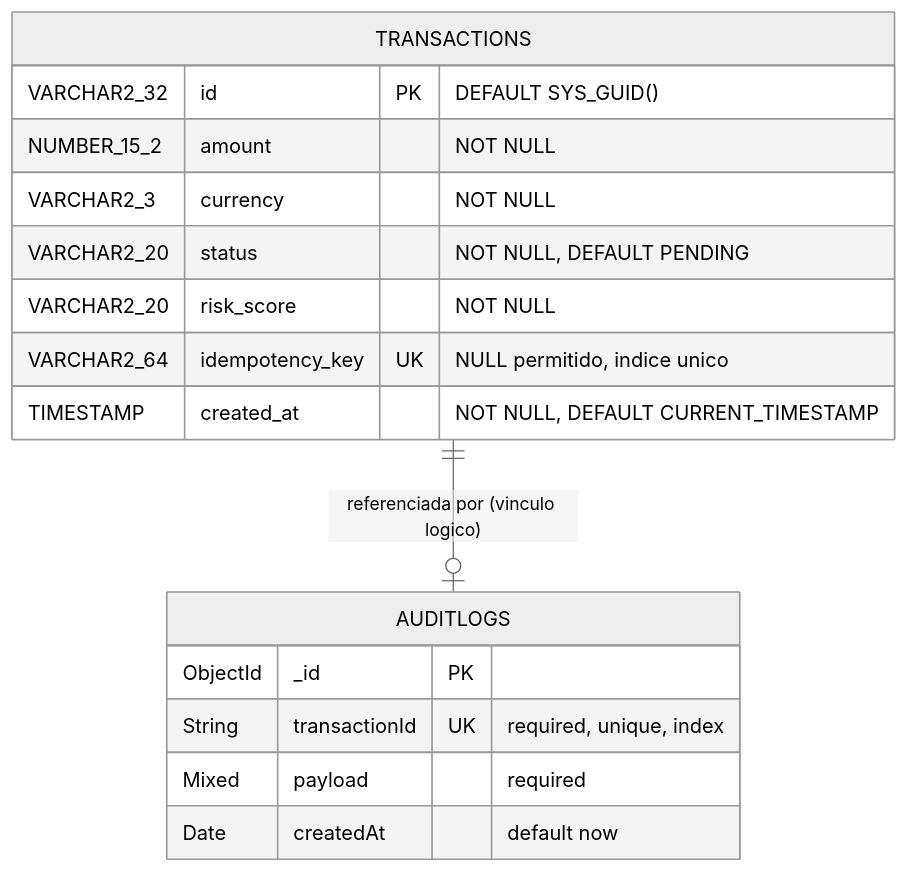
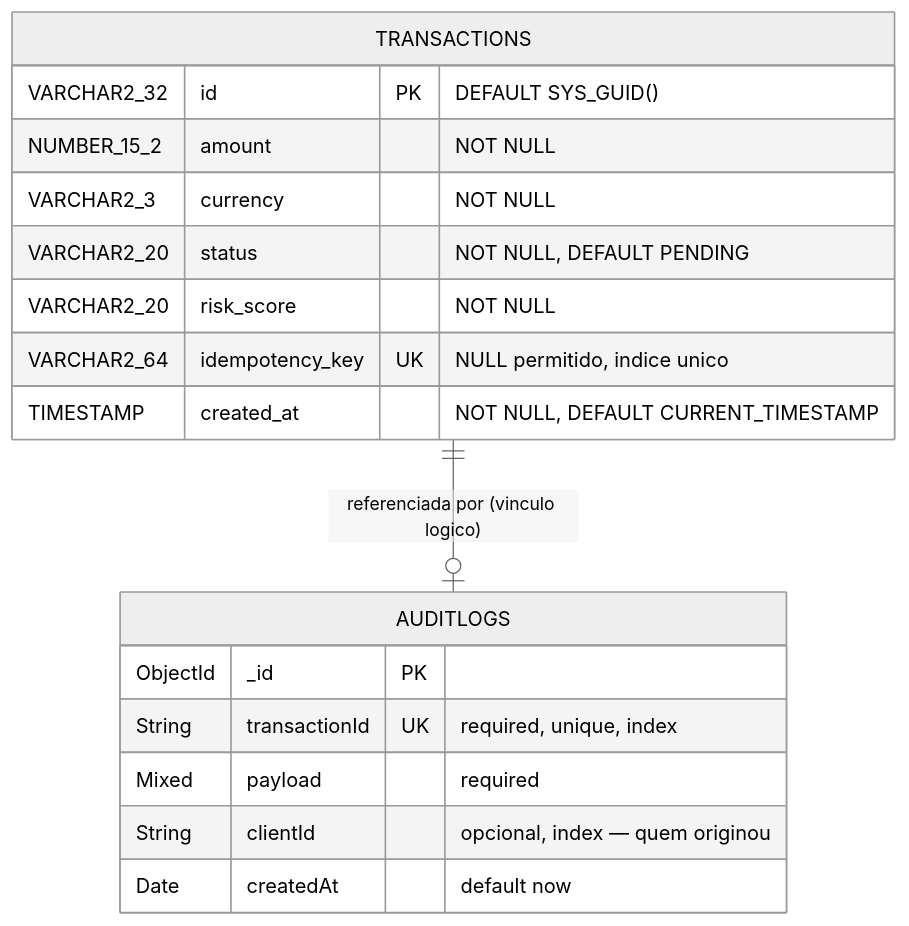
One commit to jvcamargoalmeida/poc-decision-backend changed the eighth of 8 diagrams in ARCHITECTURE.md. Above: the diagram before and after it, drawn with Mermaid (neutral theme). The commit also changed other lines of this file and 24 other files, not shown here.

````diff
--- a/ARCHITECTURE.md
+++ b/ARCHITECTURE.md
@@ -394,21 +430,22 @@
 ```mermaid
 erDiagram
     TRANSACTIONS ||--o| AUDITLOGS : "referenciada por (vinculo logico)"
 
     TRANSACTIONS {
         VARCHAR2_32 id PK "DEFAULT SYS_GUID()"
         NUMBER_15_2 amount "NOT NULL"
         VARCHAR2_3 currency "NOT NULL"
         VARCHAR2_20 status "NOT NULL, DEFAULT PENDING"
         VARCHAR2_20 risk_score "NOT NULL"
         VARCHAR2_64 idempotency_key UK "NULL permitido, indice unico"
         TIMESTAMP created_at "NOT NULL, DEFAULT CURRENT_TIMESTAMP"
     }
 
     AUDITLOGS {
         ObjectId _id PK
         String transactionId UK "required, unique, index"
         Mixed payload "required"
+        String clientId "opcional, index — quem originou"
         Date createdAt "default now"
     }
 ```
````
